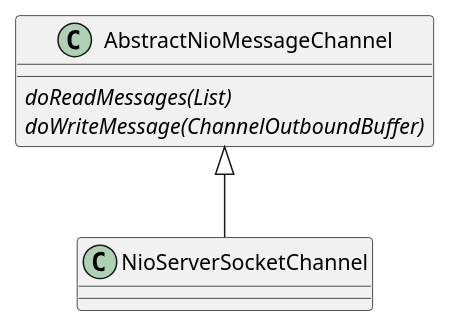
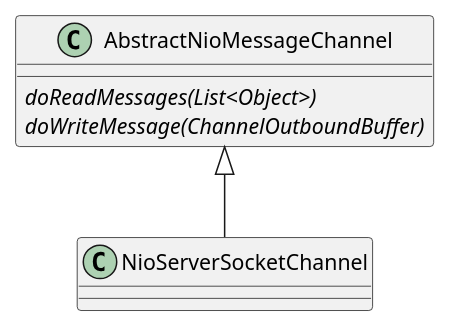
One commit to dfxyz/notes changed the tenth of 15 diagrams in Netty学习笔记.md. Above: the diagram before and after it, drawn with PlantUML. The commit also changed other lines of this file and 4 other files, not shown here.

````diff
--- a/Netty学习笔记.md
+++ b/Netty学习笔记.md
@@ -413,9 +477,9 @@
 ```plantuml
 @startuml
 class AbstractNioMessageChannel {
-    {abstract} doReadMessages(List)
+    {abstract} doReadMessages(List<Object>)
     {abstract} doWriteMessage(ChannelOutboundBuffer)
 }
 AbstractNioMessageChannel <|-- NioServerSocketChannel
 @enduml
 ```
````
